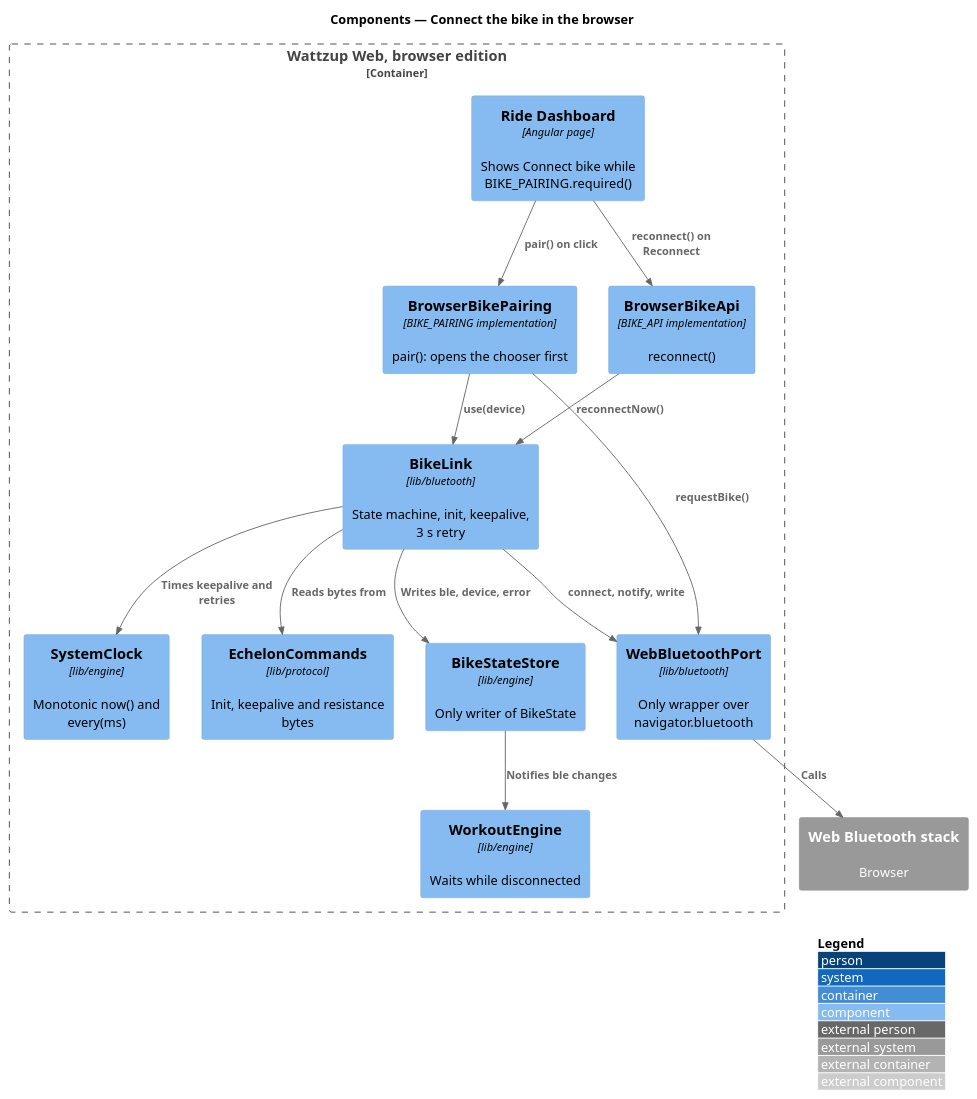
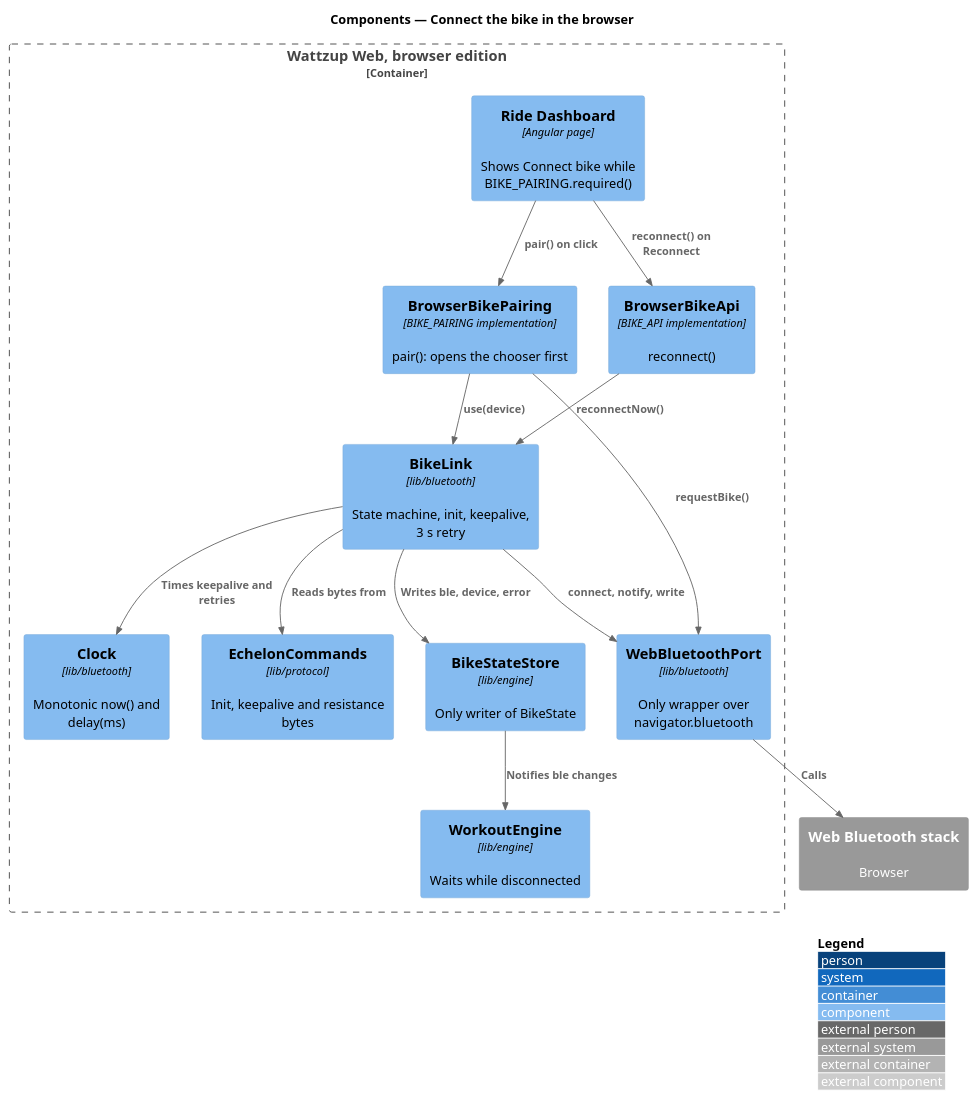
Before and after one commit to QuinntyneBrown/ride-one: the diagram in docs/detailed-designs/browser-edition/connect-bike-in-browser/diagrams/c4-component.puml, drawn with PlantUML. The commit also changed 25 other files, not shown here.

```diff
--- a/docs/detailed-designs/browser-edition/connect-bike-in-browser/diagrams/c4-component.puml
+++ b/docs/detailed-designs/browser-edition/connect-bike-in-browser/diagrams/c4-component.puml
@@ -1,30 +1,30 @@
 @startuml
 !include <C4/C4_Component>
 LAYOUT_WITH_LEGEND()
 title Components — Connect the bike in the browser
 
 Container_Boundary(app, "Wattzup Web, browser edition") {
   Component(dash, "Ride Dashboard", "Angular page", "Shows Connect bike while BIKE_PAIRING.required()")
   Component(pairing, "BrowserBikePairing", "BIKE_PAIRING implementation", "pair(): opens the chooser first")
   Component(bikeapi, "BrowserBikeApi", "BIKE_API implementation", "reconnect()")
   Component(link, "BikeLink", "lib/bluetooth", "State machine, init, keepalive, 3 s retry")
   Component(port, "WebBluetoothPort", "lib/bluetooth", "Only wrapper over navigator.bluetooth")
   Component(frames, "EchelonCommands", "lib/protocol", "Init, keepalive and resistance bytes")
-  Component(clock, "SystemClock", "lib/engine", "Monotonic now() and every(ms)")
+  Component(clock, "Clock", "lib/bluetooth", "Monotonic now() and delay(ms)")
   Component(store, "BikeStateStore", "lib/engine", "Only writer of BikeState")
   Component(engine, "WorkoutEngine", "lib/engine", "Waits while disconnected")
 }
 System_Ext(webbt, "Web Bluetooth stack", "Browser")
 
 Rel(dash, pairing, "pair() on click")
 Rel(dash, bikeapi, "reconnect() on Reconnect")
 Rel(pairing, port, "requestBike()")
 Rel(pairing, link, "use(device)")
 Rel(bikeapi, link, "reconnectNow()")
 Rel(link, port, "connect, notify, write")
 Rel(link, frames, "Reads bytes from")
 Rel(link, clock, "Times keepalive and retries")
 Rel(link, store, "Writes ble, device, error")
 Rel(store, engine, "Notifies ble changes")
 Rel(port, webbt, "Calls")
 @enduml
```
